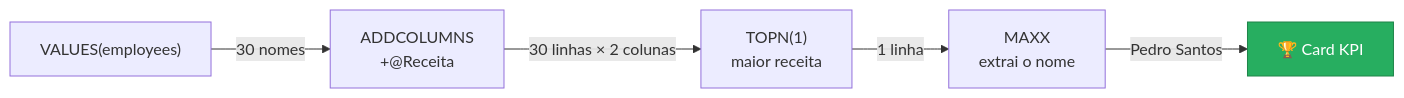
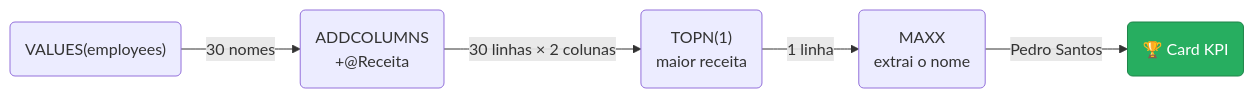
Diagram 11 of 12 in docs/analises.md (Igor-Scalzer010/Sales-Analytics), drawn with Mermaid before and after one commit. The commit also changed other lines of this file, not shown here.

````diff
--- a/docs/analises.md
+++ b/docs/analises.md
@@ -544,9 +444,9 @@
 ```mermaid
 flowchart LR
-    V["VALUES(employees)"] -->|"30 nomes"| AC["ADDCOLUMNS<br/>+@Receita"]
-    AC -->|"30 linhas × 2 colunas"| TN["TOPN(1)<br/>maior receita"]
-    TN -->|"1 linha"| MX["MAXX<br/>extrai o nome"]
-    MX -->|"Pedro Santos"| CARD["🏆 Card KPI"]
+    V("VALUES(employees)") -->|"30 nomes"| AC("ADDCOLUMNS<br/>+@Receita")
+    AC -->|"30 linhas × 2 colunas"| TN("TOPN(1)<br/>maior receita")
+    TN -->|"1 linha"| MX("MAXX<br/>extrai o nome")
+    MX -->|"Pedro Santos"| CARD("🏆 Card KPI")
 
     style CARD fill:#27ae60,stroke:#1e8449,color:#fff
 ```
````
